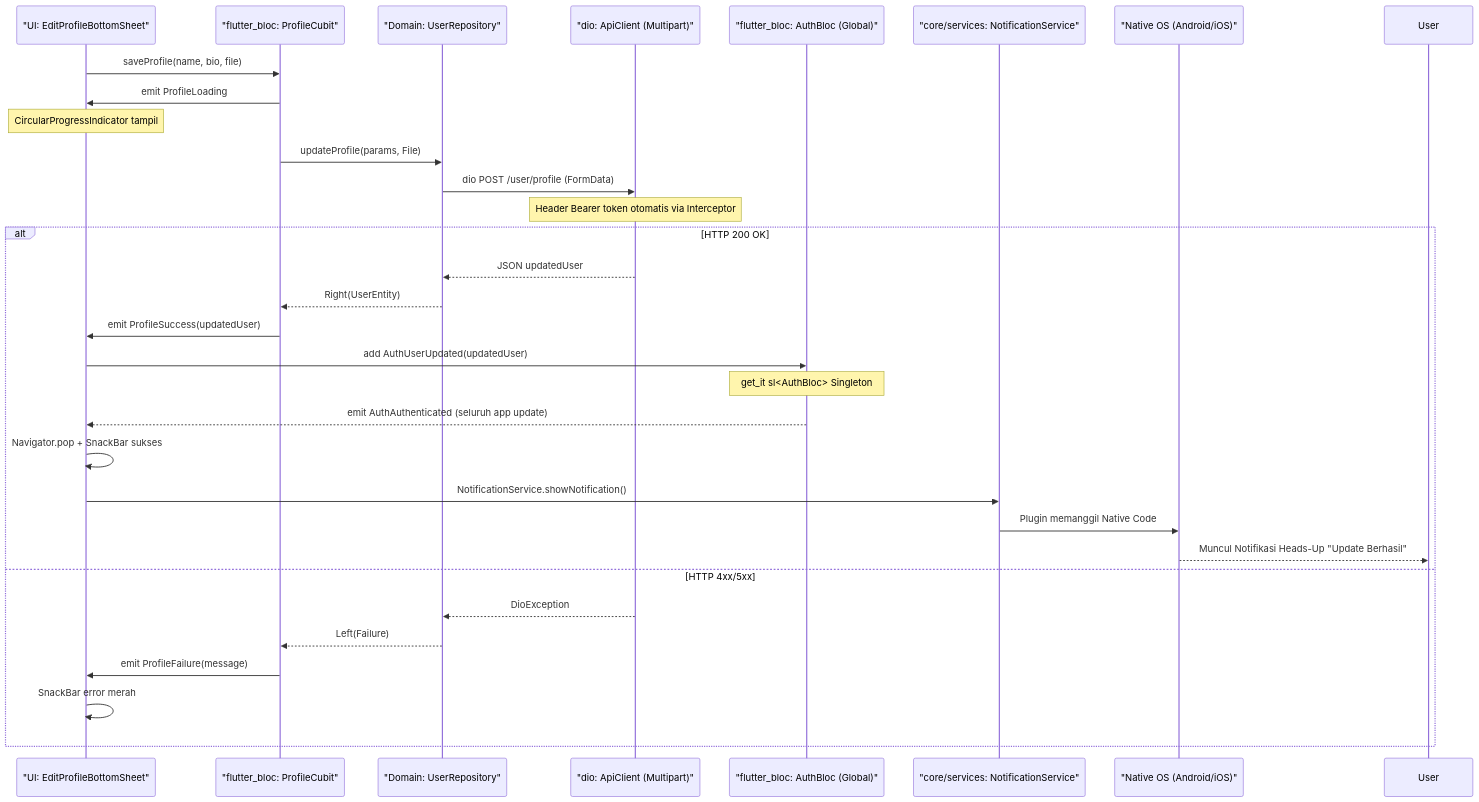
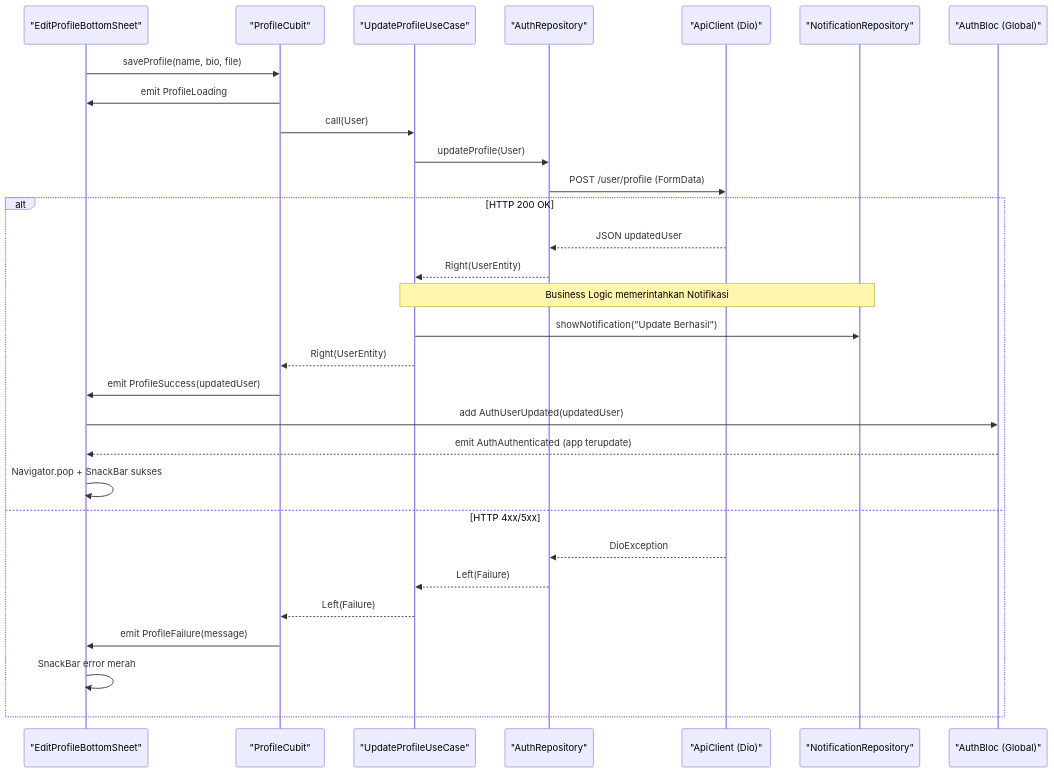
Before and after one commit to nunutech40/news-app-flutter: the second of 6 diagrams in docs/features/update_profile.md, drawn with Mermaid. The commit also changed other lines of this file and 6 other files, not shown here.

Commit message:
refactor: apply strict Clean Architecture to local notifications & update docs

````diff
--- a/docs/features/update_profile.md
+++ b/docs/features/update_profile.md
@@ -88,36 +88,36 @@
 ```mermaid
 sequenceDiagram
-    participant UI as "UI: EditProfileBottomSheet"
-    participant Cubit as "flutter_bloc: ProfileCubit"
-    participant Repo as "Domain: UserRepository"
-    participant API as "dio: ApiClient (Multipart)"
-    participant Auth as "flutter_bloc: AuthBloc (Global)"
-    participant Notif as "core/services: NotificationService"
-    participant OS as "Native OS (Android/iOS)"
+    participant UI as "EditProfileBottomSheet"
+    participant Cubit as "ProfileCubit"
+    participant UC as "UpdateProfileUseCase"
+    participant Repo as "AuthRepository"
+    participant API as "ApiClient (Dio)"
+    participant Notif as "NotificationRepository"
+    participant Auth as "AuthBloc (Global)"
 
     UI->>Cubit: saveProfile(name, bio, file)
     Cubit->>UI: emit ProfileLoading
-    Note over UI: CircularProgressIndicator tampil
-
-    Cubit->>Repo: updateProfile(params, File)
-    Repo->>API: dio POST /user/profile (FormData)
-    Note over API: Header Bearer token otomatis via Interceptor
+    
+    Cubit->>UC: call(User)
+    UC->>Repo: updateProfile(User)
+    Repo->>API: POST /user/profile (FormData)
 
     alt HTTP 200 OK
         API-->>Repo: JSON updatedUser
-        Repo-->>Cubit: Right(UserEntity)
+        Repo-->>UC: Right(UserEntity)
+        Note over UC,Notif: Business Logic memerintahkan Notifikasi
+        UC->>Notif: showNotification("Update Berhasil")
+        UC-->>Cubit: Right(UserEntity)
+        
         Cubit->>UI: emit ProfileSuccess(updatedUser)
         UI->>Auth: add AuthUserUpdated(updatedUser)
-        Note over Auth: get_it sl<AuthBloc> Singleton
-        Auth-->>UI: emit AuthAuthenticated (seluruh app update)
+        Auth-->>UI: emit AuthAuthenticated (app terupdate)
         UI->>UI: Navigator.pop + SnackBar sukses
-        UI->>Notif: NotificationService.showNotification()
-        Notif->>OS: Plugin memanggil Native Code
-        OS-->>User: Muncul Notifikasi Heads-Up "Update Berhasil"
     else HTTP 4xx/5xx
         API-->>Repo: DioException
-        Repo-->>Cubit: Left(Failure)
+        Repo-->>UC: Left(Failure)
+        UC-->>Cubit: Left(Failure)
         Cubit->>UI: emit ProfileFailure(message)
         UI->>UI: SnackBar error merah
     end
 ```
````
